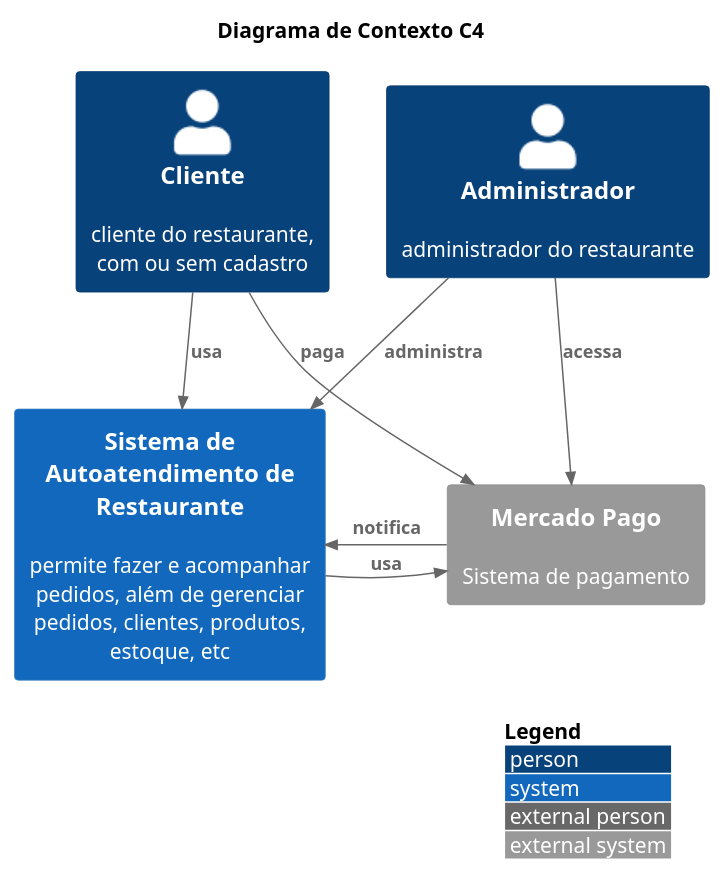
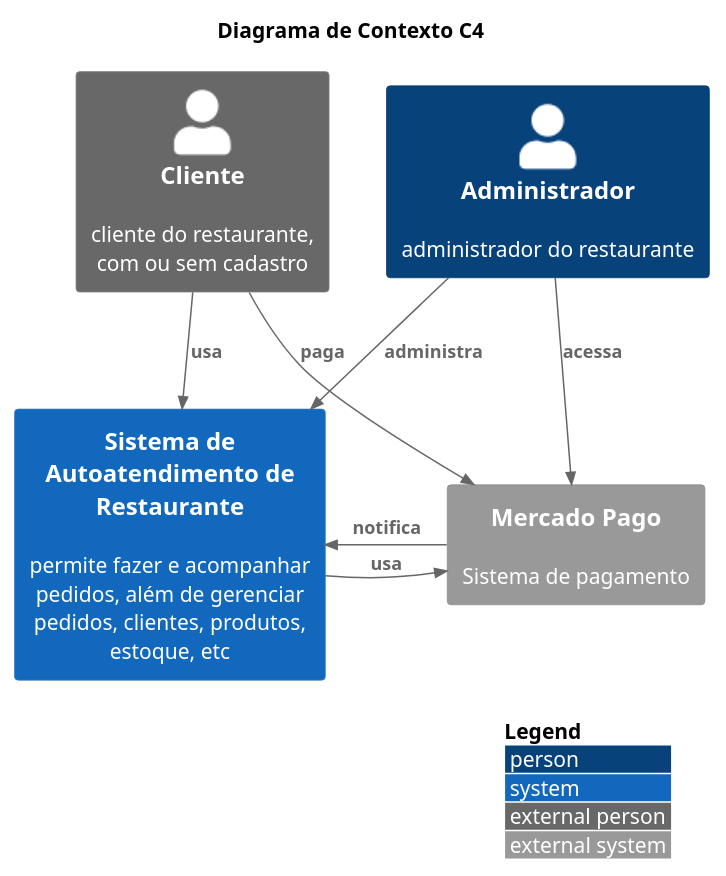
Before and after one commit to FIAP-3SOAT-G15/tech-challenge: the diagram in docs/puml/context.puml, drawn with PlantUML. The commit also changed 18 other files, not shown here.

```diff
--- a/docs/puml/context.puml
+++ b/docs/puml/context.puml
@@ -1,21 +1,21 @@
 @startuml
 !include https://raw.githubusercontent.com/plantuml-stdlib/C4-PlantUML/master/C4_Context.puml
 
 LAYOUT_WITH_LEGEND()
 
 title Diagrama de Contexto C4
 
-Person(customer, "Cliente", "cliente do restaurante,\ncom ou sem cadastro")
+Person_Ext(customer, "Cliente", "cliente do restaurante,\ncom ou sem cadastro")
 Person(admin, "Administrador", "administrador do restaurante")
 System(system, "Sistema de Autoatendimento de Restaurante", "permite fazer e acompanhar pedidos, além de gerenciar pedidos, clientes, produtos, estoque, etc")
 
 System_Ext(payment_system, "Mercado Pago", "Sistema de pagamento")
 
 Rel(customer, system, "usa")
 Rel(customer, payment_system, "paga")
 Rel(admin, system, "administra")
 Rel(admin, payment_system, "acessa")
 Rel_Neighbor(system, payment_system, "usa")
 Rel_Neighbor(payment_system, system, "notifica")
 
 @enduml
```
